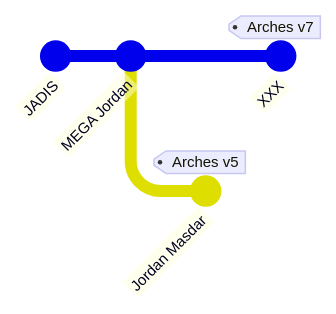
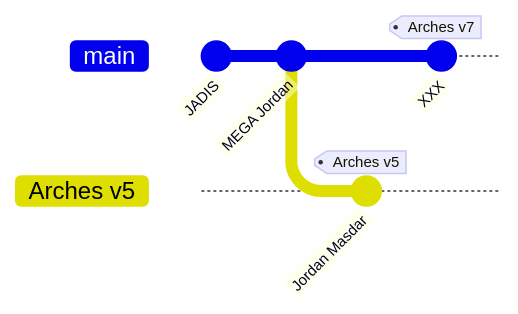
One commit to eamena-project/eamena-arches-dev changed the second of 3 diagrams in dev/README.md. Above: the diagram before and after it, drawn with Mermaid.

````diff
--- a/dev/README.md
+++ b/dev/README.md
@@ -22,10 +22,9 @@
 ```mermaid
-%%{init: { 'logLevel': 'debug', 'gitGraph': {'showBranches': false}} }%%
 gitGraph
        commit id: "JADIS"
        commit id: "MEGA Jordan"
        branch "Arches v5"
        commit id: "Jordan Masdar" tag: "Arches v5"
        checkout main
        commit id: "XXX" tag: "Arches v7"
 ```
````
